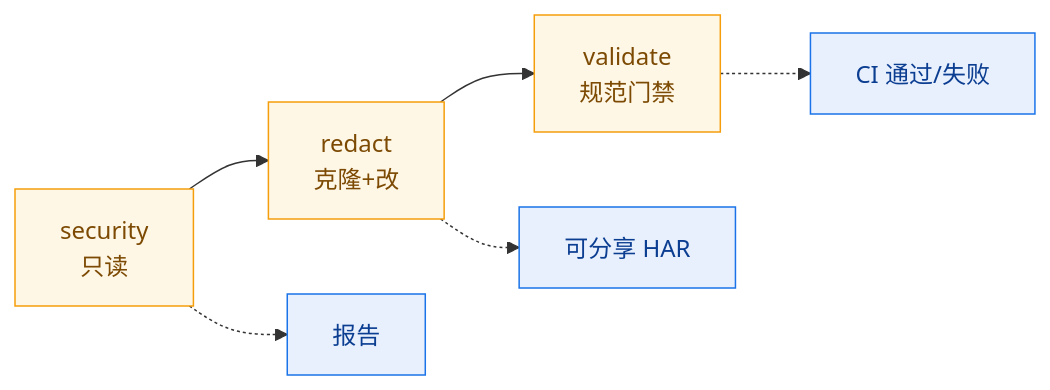
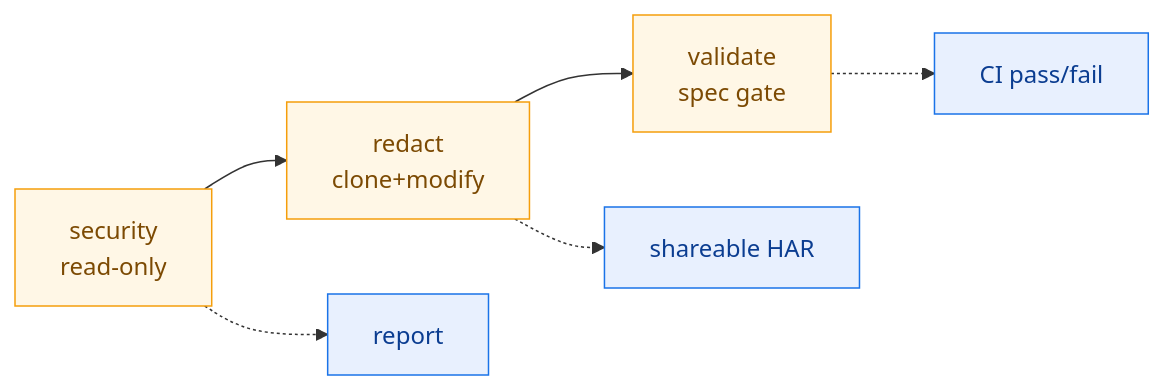
The third of 3 diagrams in website/zh/workflows/security-audit.md (hitechcloud-vietnam/har-skills), drawn with Mermaid before and after one commit. The commit also changed other lines of this file and 97 other files, not shown here.

````diff
--- a/website/zh/workflows/security-audit.md
+++ b/website/zh/workflows/security-audit.md
@@ -312,10 +316,10 @@
 ```mermaid
 flowchart LR
-    SEC["security<br/>只读"]:::step --> RED["redact<br/>克隆+改"]:::step --> VAL["validate<br/>规范门禁"]:::step
-    SEC -.-> O1["报告"]:::out
-    RED -.-> O2["可分享 HAR"]:::out
-    VAL -.-> O3["CI 通过/失败"]:::out
+    SEC["security<br/>read-only"]:::step --> RED["redact<br/>clone+modify"]:::step --> VAL["validate<br/>spec gate"]:::step
+    SEC -.-> O1["report"]:::out
+    RED -.-> O2["shareable HAR"]:::out
+    VAL -.-> O3["CI pass/fail"]:::out
 
     classDef step fill:#fff7e6,stroke:#f59e0b,color:#7c4a03
     classDef out fill:#e8f0fe,stroke:#1a73e8,color:#0b3d91
 ```
````
